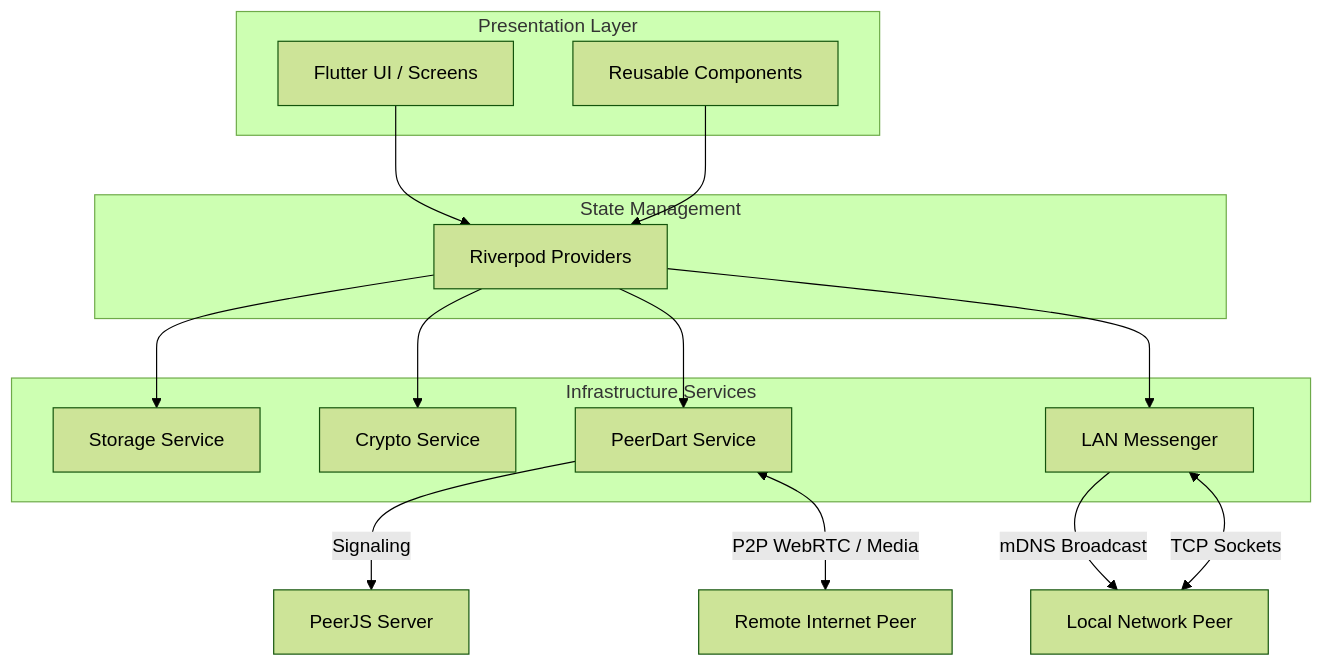
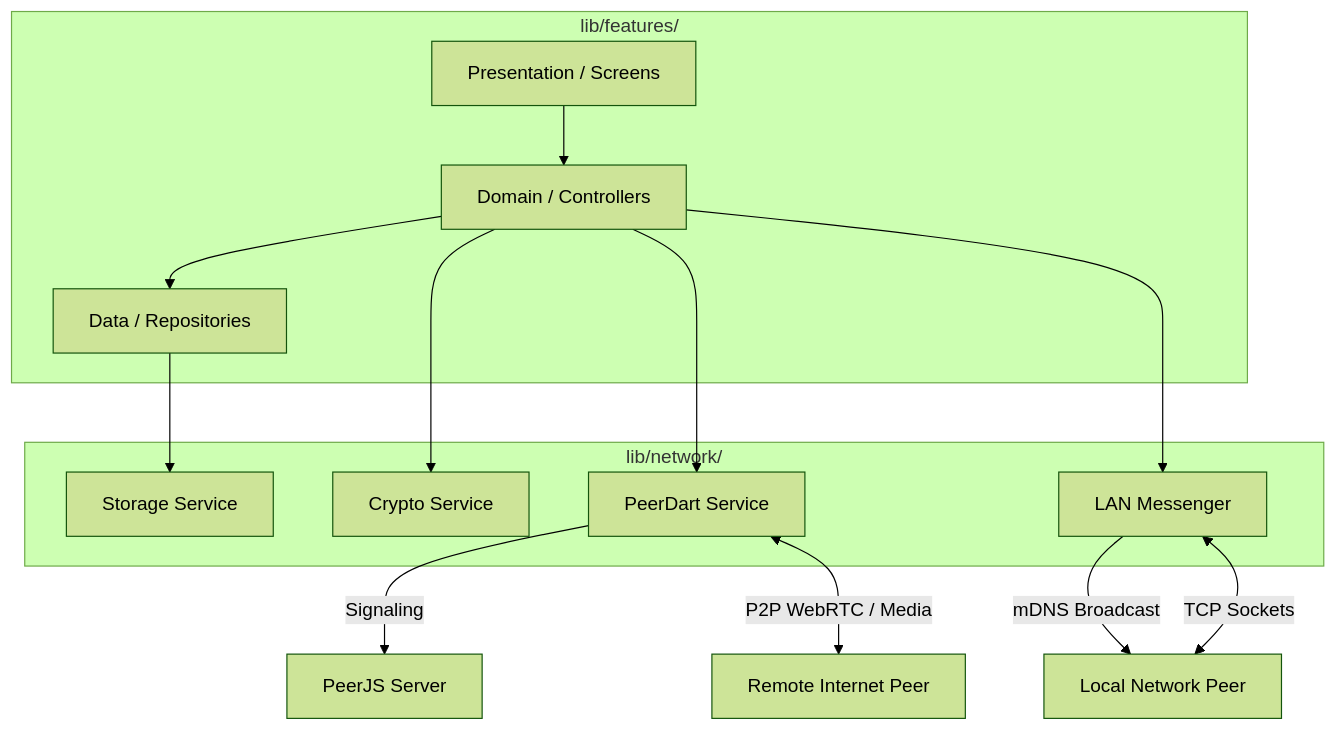
Before and after one commit to North-Abyss/abyss_chat: the diagram in EXPLANATION.md, drawn with Mermaid (forest theme). The commit also changed 98 other files, not shown here.

````diff
--- a/EXPLANATION.md
+++ b/EXPLANATION.md
@@ -7,32 +7,29 @@
 ```mermaid
 graph TD
-    subgraph Presentation Layer
-        UI[Flutter UI / Screens]
-        Widgets[Reusable Components]
+    subgraph Feature Modules [lib/features/]
+        UI[Presentation / Screens]
+        Controllers[Domain / Controllers]
+        Repo[Data / Repositories]
     end
 
-    subgraph State Management
-        Providers[Riverpod Providers]
-    end
-
-    subgraph Infrastructure Services
+    subgraph Network Layer [lib/network/]
         Storage[Storage Service]
         Crypto[Crypto Service]
         WebRTC[PeerDart Service]
         LAN[LAN Messenger]
     end
 
-    UI --> Providers
-    Widgets --> Providers
+    UI --> Controllers
+    Controllers --> Repo
     
-    Providers --> Storage
-    Providers --> Crypto
-    Providers --> WebRTC
-    Providers --> LAN
+    Repo --> Storage
+    Controllers --> Crypto
+    Controllers --> WebRTC
+    Controllers --> LAN
     
     WebRTC -->|Signaling| PeerServer[PeerJS Server]
     WebRTC <-->|P2P WebRTC / Media| RemotePeer[Remote Internet Peer]
     
     LAN -->|mDNS Broadcast| LocalPeer[Local Network Peer]
     LAN <-->|TCP Sockets| LocalPeer
 ```
````
